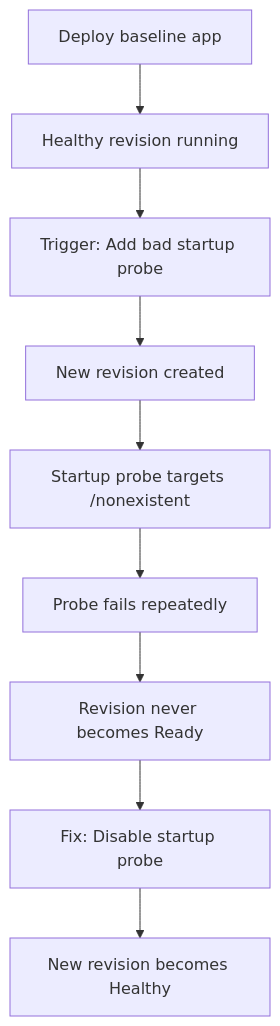
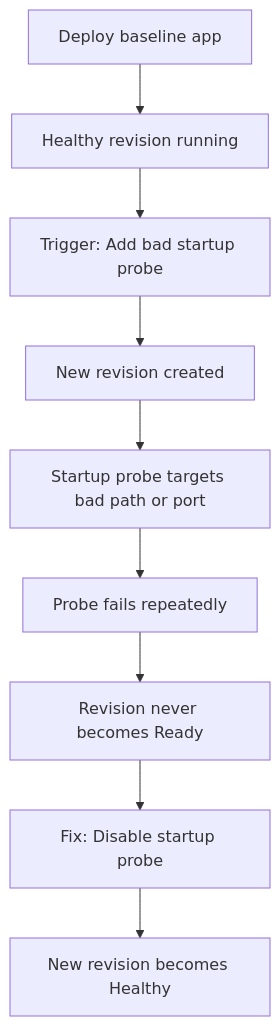
The diagram in docs/troubleshooting/lab-guides/revision-provisioning-failure.md (yeongseon/azure-container-apps-practical-guide), drawn with Mermaid before and after one commit. The commit also changed other lines of this file and 6 other files, not shown here.

````diff
--- a/docs/troubleshooting/lab-guides/revision-provisioning-failure.md
+++ b/docs/troubleshooting/lab-guides/revision-provisioning-failure.md
@@ -58,11 +58,11 @@
 ```mermaid
 flowchart TD
     A[Deploy baseline app] --> B[Healthy revision running]
     B --> C[Trigger: Add bad startup probe]
     C --> D[New revision created]
-    D --> E[Startup probe targets /nonexistent]
+    D --> E[Startup probe targets bad path or port]
     E --> F[Probe fails repeatedly]
     F --> G[Revision never becomes Ready]
     G --> H[Fix: Disable startup probe]
     H --> I[New revision becomes Healthy]
 ```
````
